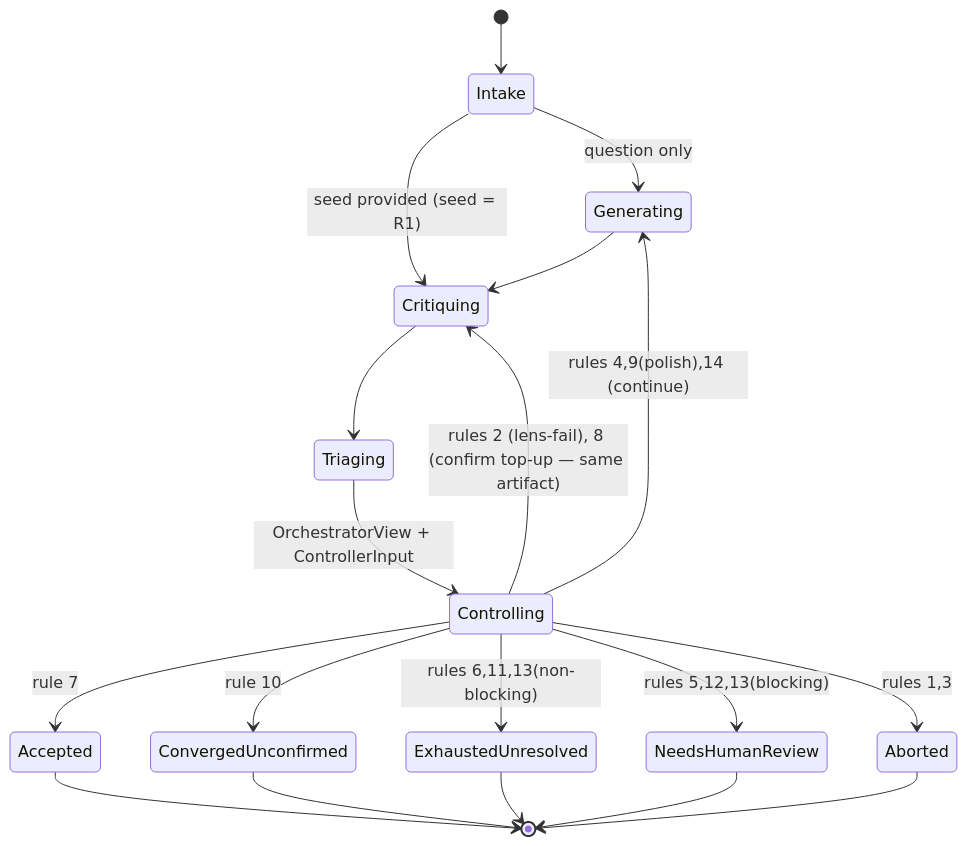
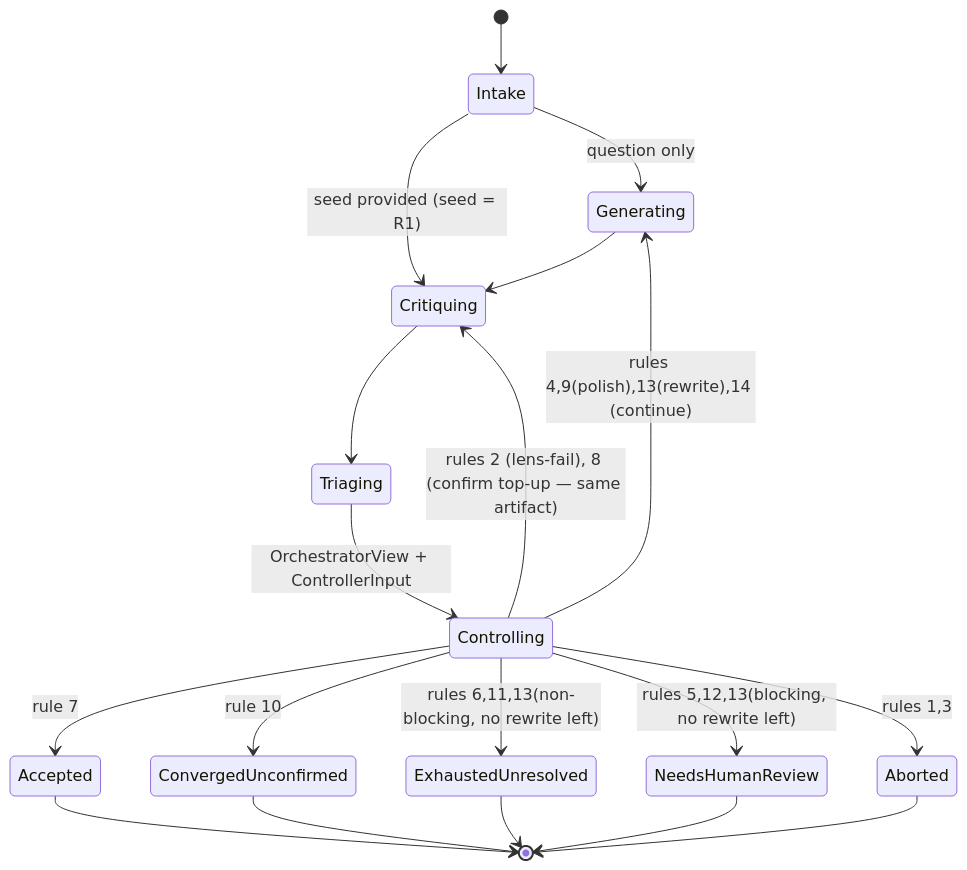
One commit to NickBorgers/reasonable-answer changed the diagram in docs/convergence.md. Above: the diagram before and after it, drawn with Mermaid. The commit also changed other lines of this file and 17 other files, not shown here.

````diff
--- a/docs/convergence.md
+++ b/docs/convergence.md
@@ -330,21 +347,21 @@
 ```mermaid
 stateDiagram-v2
     [*] --> Intake
     Intake --> Generating: question only
     Intake --> Critiquing: seed provided (seed = R1)
     Generating --> Critiquing
     Critiquing --> Triaging
     Triaging --> Controlling: OrchestratorView + ControllerInput
     Controlling --> Critiquing: rules 2 (lens-fail), 8 (confirm top-up — same artifact)
-    Controlling --> Generating: rules 4,9(polish),14 (continue)
+    Controlling --> Generating: rules 4,9(polish),13(rewrite),14 (continue)
     Controlling --> Accepted: rule 7
     Controlling --> ConvergedUnconfirmed: rule 10
-    Controlling --> ExhaustedUnresolved: rules 6,11,13(non-blocking)
-    Controlling --> NeedsHumanReview: rules 5,12,13(blocking)
+    Controlling --> ExhaustedUnresolved: rules 6,11,13(non-blocking, no rewrite left)
+    Controlling --> NeedsHumanReview: rules 5,12,13(blocking, no rewrite left)
     Controlling --> Aborted: rules 1,3
     Accepted --> [*]
     ConvergedUnconfirmed --> [*]
     ExhaustedUnresolved --> [*]
     NeedsHumanReview --> [*]
     Aborted --> [*]
 ```
````
